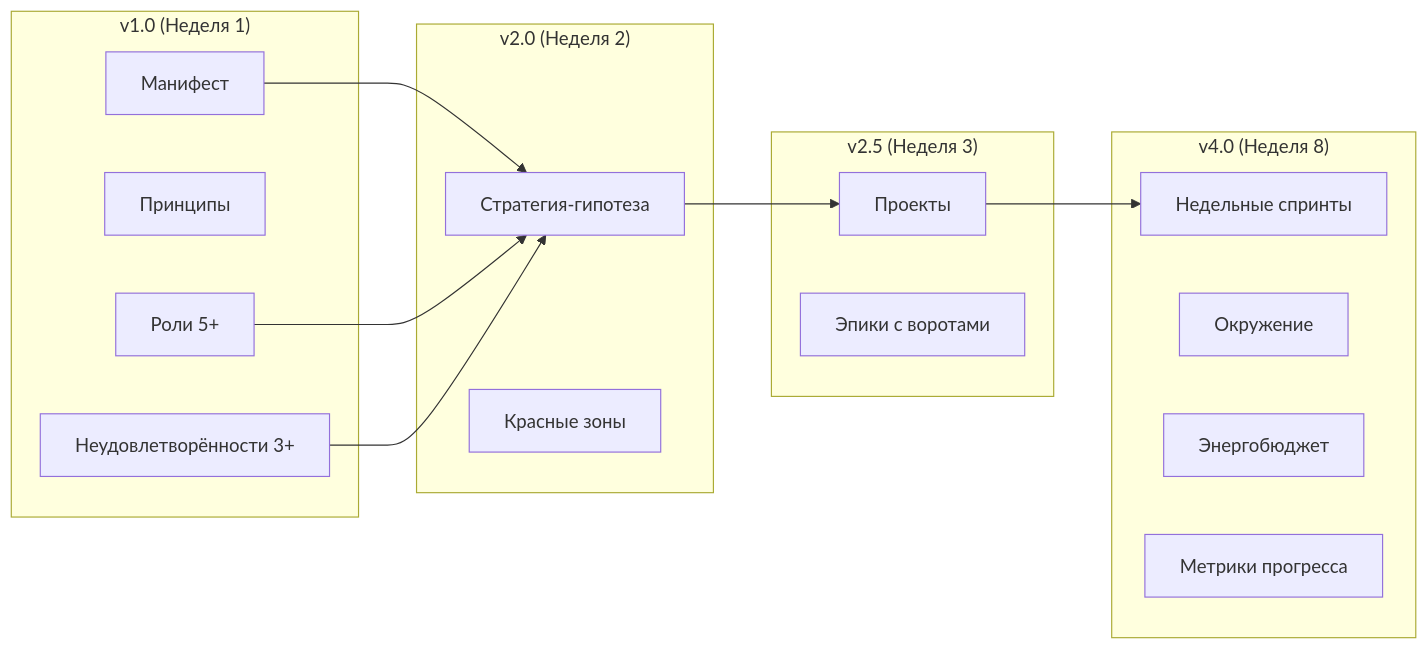
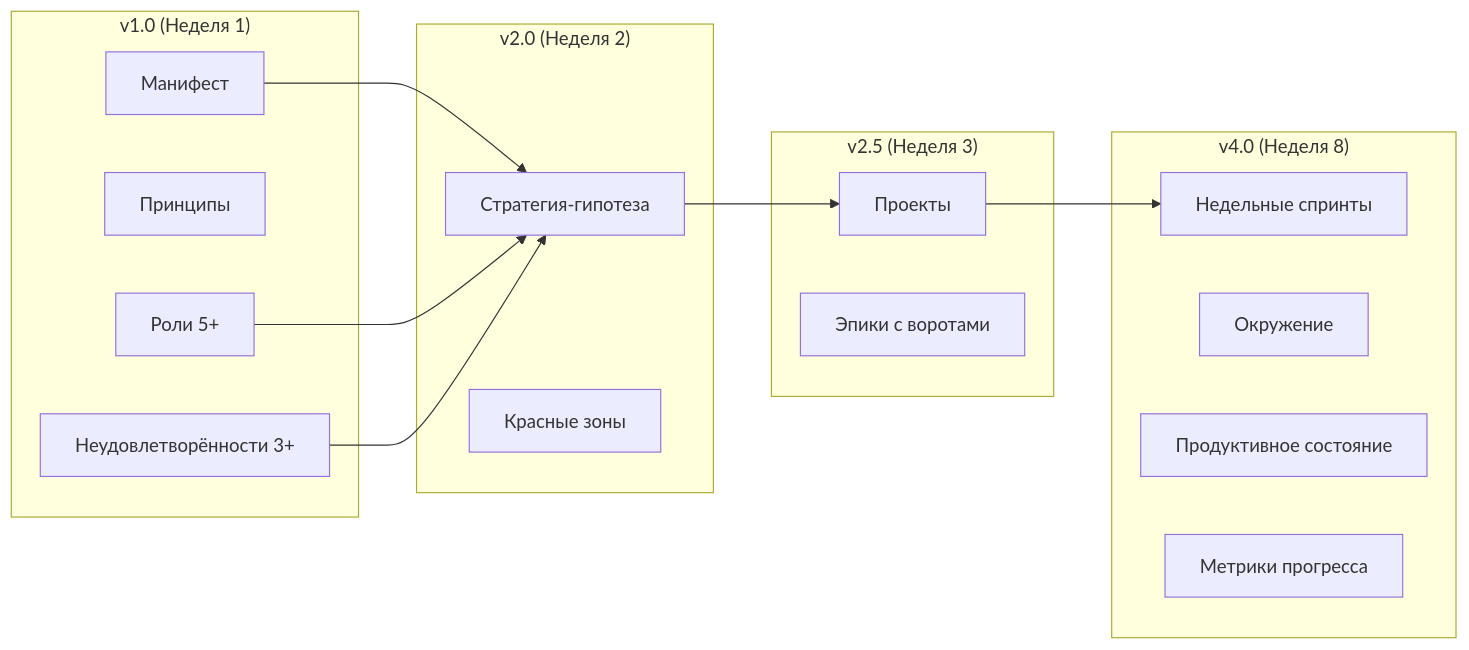
Before and after one commit to pokrovskiyv/msw-framework: the second of 8 diagrams in Framework_Roadmap.md, drawn with Mermaid. The commit also changed other lines of this file and 18 other files, not shown here.

````diff
--- a/Framework_Roadmap.md
+++ b/Framework_Roadmap.md
@@ -51,32 +51,32 @@
 ```mermaid
 graph LR
     subgraph "v1.0 (Неделя 1)"
         V1_M[Манифест]
         V1_P[Принципы]
         V1_R[Роли 5+]
         V1_N[Неудовлетворённости 3+]
     end
     
     subgraph "v2.0 (Неделя 2)"
         V2_S[Стратегия-гипотеза]
         V2_Z[Красные зоны]
     end
     
     subgraph "v2.5 (Неделя 3)"
         V25_Pr[Проекты]
         V25_E[Эпики с воротами]
     end
     
     subgraph "v4.0 (Неделя 8)"
         V4_Sp[Недельные спринты]
         V4_O[Окружение]
-        V4_En[Энергобюджет]
+        V4_En[Продуктивное состояние]
         V4_M[Метрики прогресса]
     end
     
     V1_M --> V2_S
     V1_R --> V2_S
     V1_N --> V2_S
     V2_S --> V25_Pr
     V25_Pr --> V4_Sp
 ```
````
